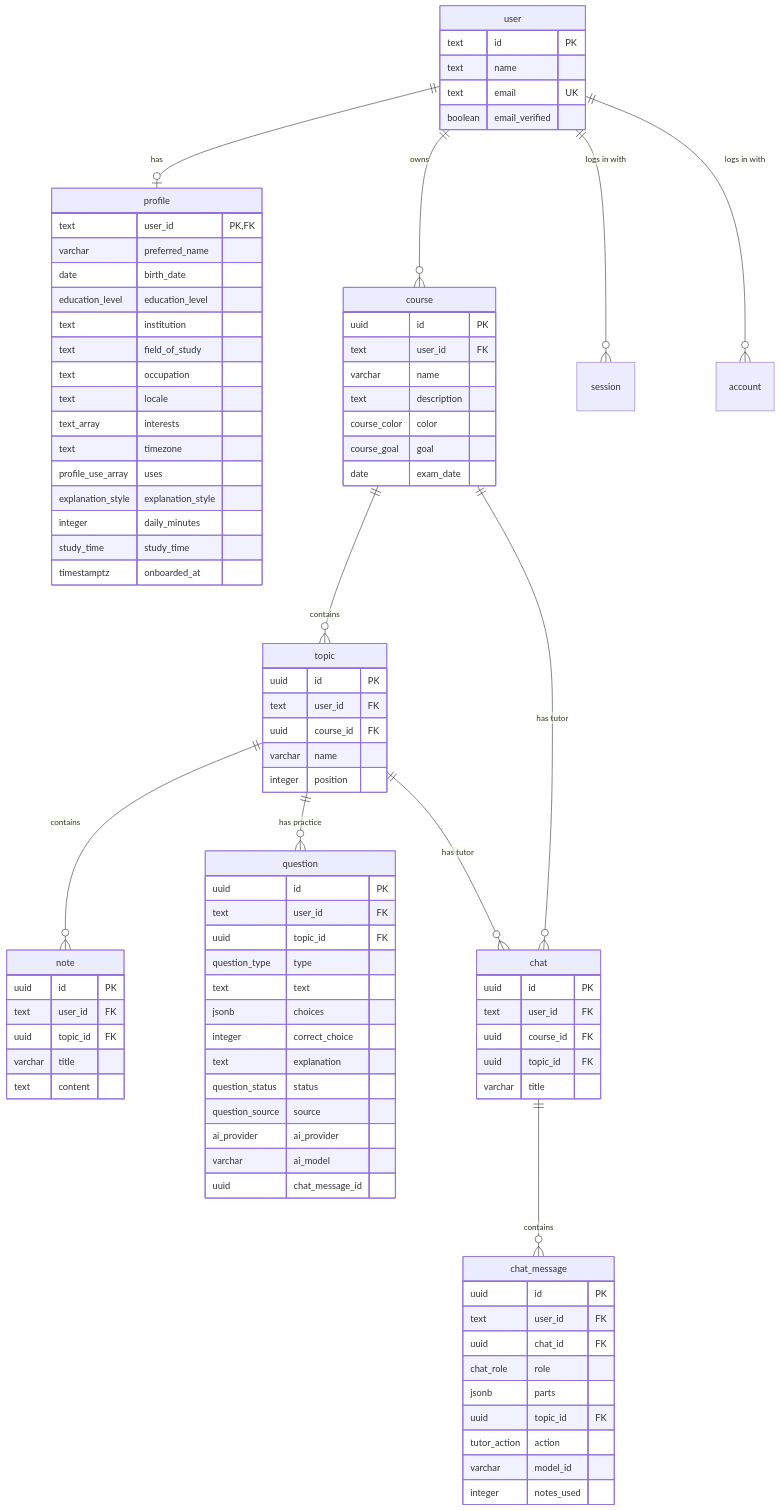
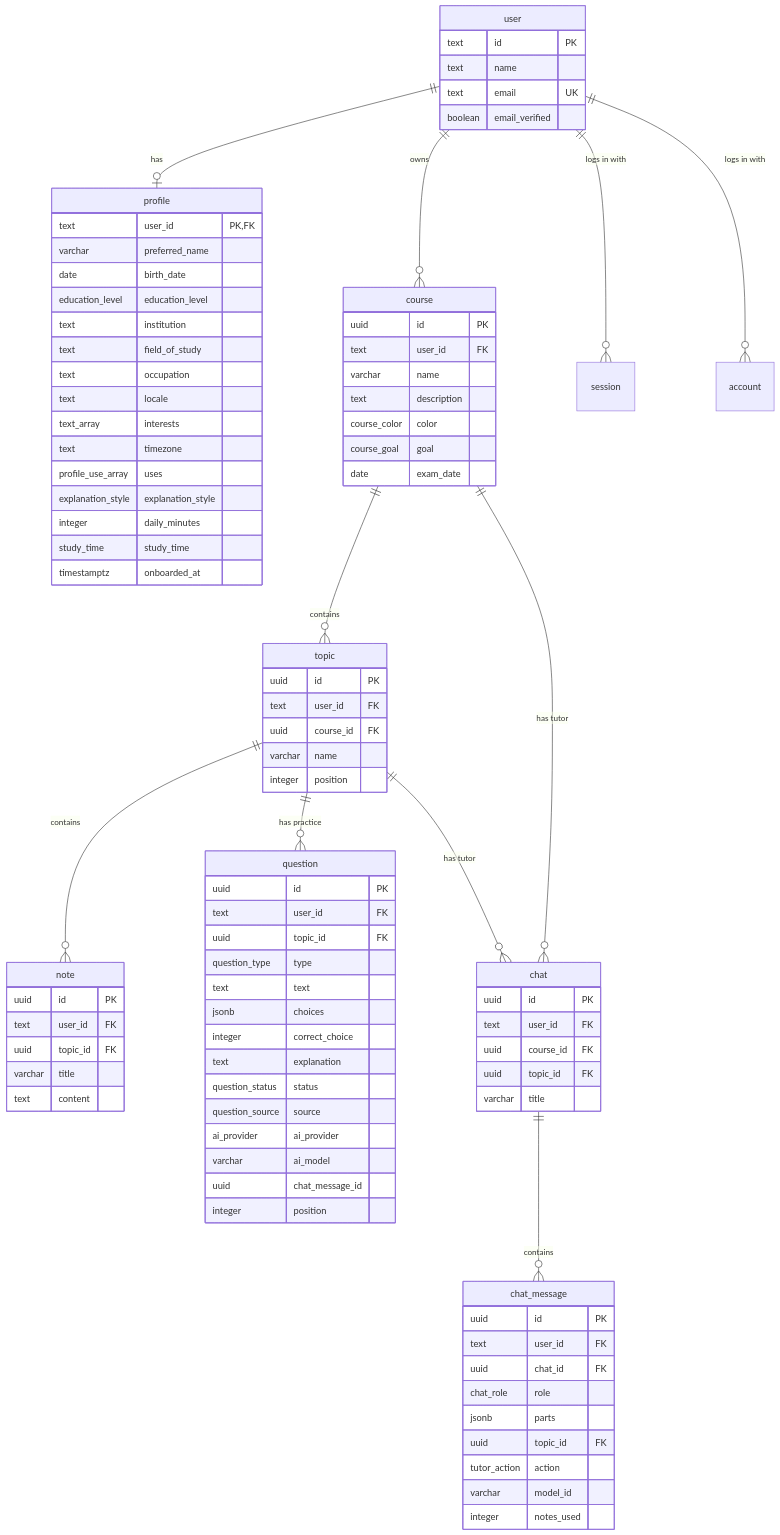
One commit to fyernald/orbi changed the diagram in docs/database.md. Above: the diagram before and after it, drawn with Mermaid. The commit also changed other lines of this file and 29 other files, not shown here.

````diff
--- a/docs/database.md
+++ b/docs/database.md
@@ -95,5 +95,6 @@
         ai_provider ai_provider
         varchar ai_model
         uuid chat_message_id
+        integer position
     }
 ```
````
